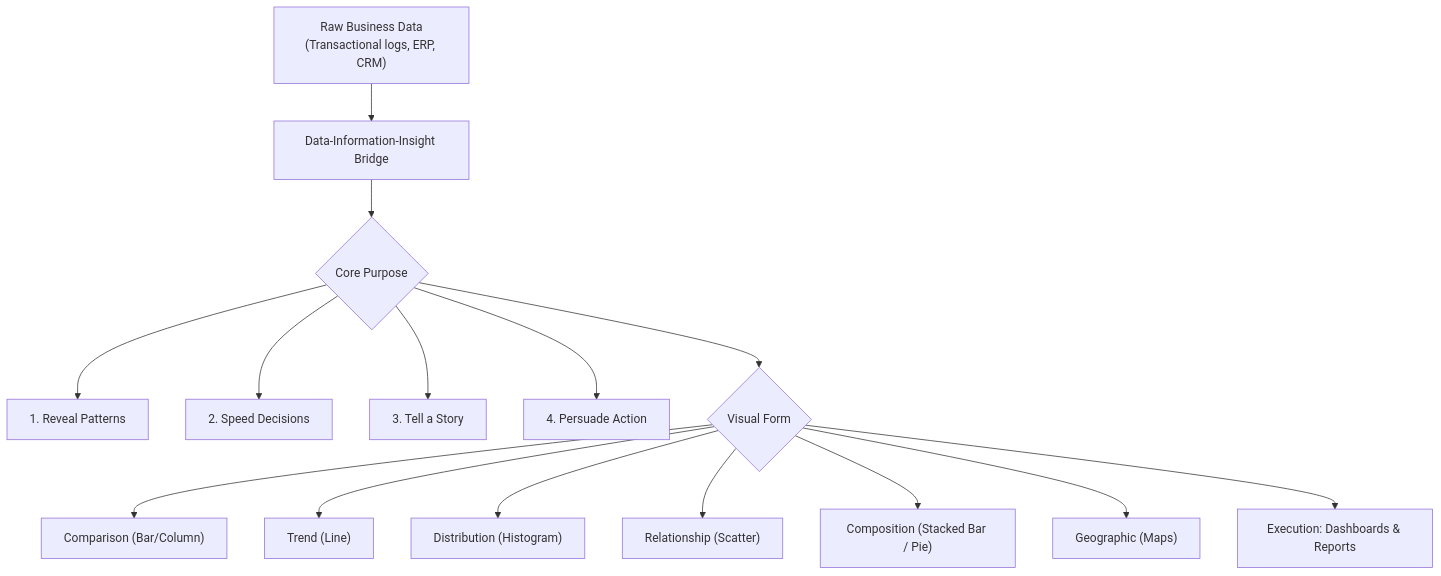
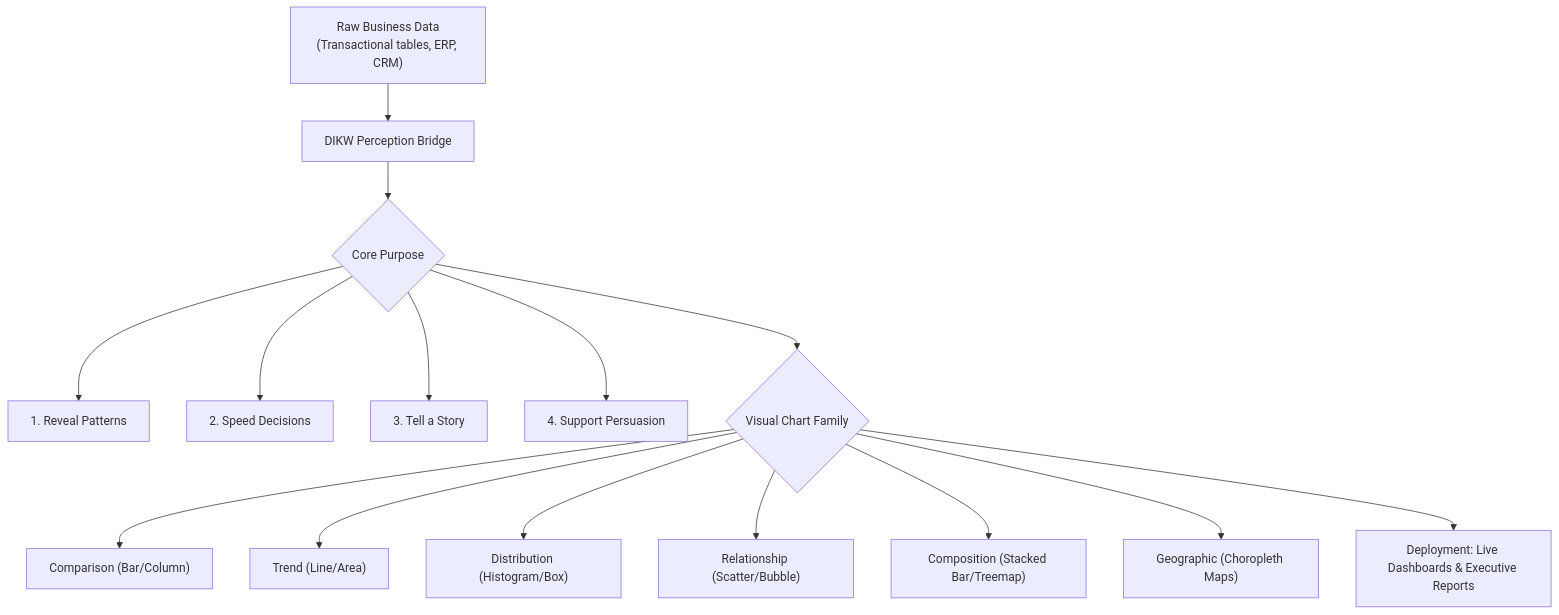
Before and after one commit to DeepLumiere/DeepSkills: the first of 9 diagrams in notes/data_analysis/Chapter8_Business_Data_Visualization_Definition_Purpose_Usage.md, drawn with Mermaid. The commit also changed other lines of this file and 8 other files, not shown here.

Commit message:
feat: initialize business data analysis course notes and supplementary visualization tools

````diff
--- a/notes/data_analysis/Chapter8_Business_Data_Visualization_Definition_Purpose_Usage.md
+++ b/notes/data_analysis/Chapter8_Business_Data_Visualization_Definition_Purpose_Usage.md
@@ -31,17 +18,19 @@
 ```mermaid
 flowchart TD
-    RawData["Raw Business Data<br/>(Transactional logs, ERP, CRM)"] --> DIK["Data-Information-Insight Bridge"]
+    RawData["Raw Business Data<br/>(Transactional tables, ERP, CRM)"] --> DIK["DIKW Perception Bridge"]
     DIK --> Purpose{"Core Purpose"}
     Purpose --> P1["1. Reveal Patterns"]
     Purpose --> P2["2. Speed Decisions"]
     Purpose --> P3["3. Tell a Story"]
-    Purpose --> P4["4. Persuade Action"]
-    Purpose --> Form{"Visual Form"}
+    Purpose --> P4["4. Support Persuasion"]
+    
+    Purpose --> Form{"Visual Chart Family"}
     Form --> F1["Comparison (Bar/Column)"]
-    Form --> F2["Trend (Line)"]
-    Form --> F3["Distribution (Histogram)"]
-    Form --> F4["Relationship (Scatter)"]
-    Form --> F5["Composition (Stacked Bar / Pie)"]
-    Form --> F6["Geographic (Maps)"]
-    Form --> Target["Execution: Dashboards & Reports"]
+    Form --> F2["Trend (Line/Area)"]
+    Form --> F3["Distribution (Histogram/Box)"]
+    Form --> F4["Relationship (Scatter/Bubble)"]
+    Form --> F5["Composition (Stacked Bar/Treemap)"]
+    Form --> F6["Geographic (Choropleth Maps)"]
+    
+    Form --> Target["Deployment: Live Dashboards & Executive Reports"]
 ```
````
